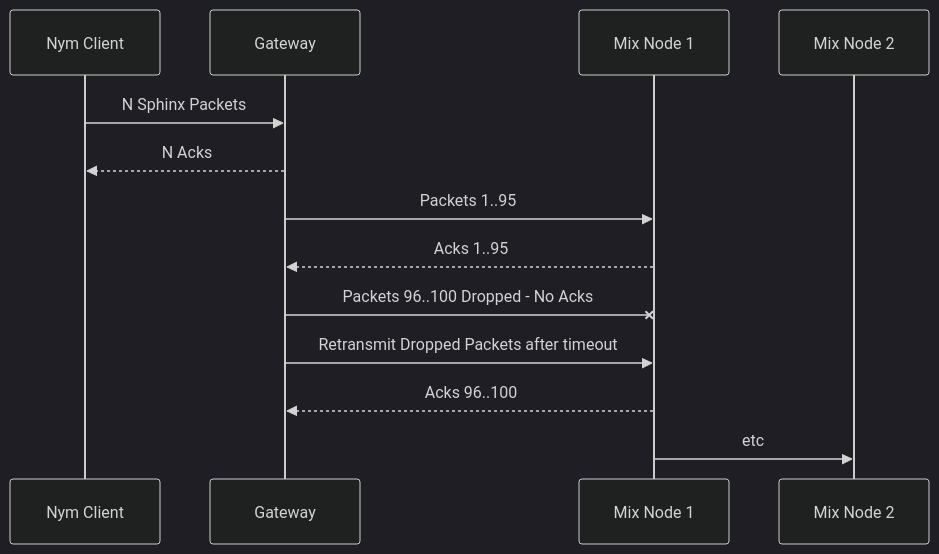
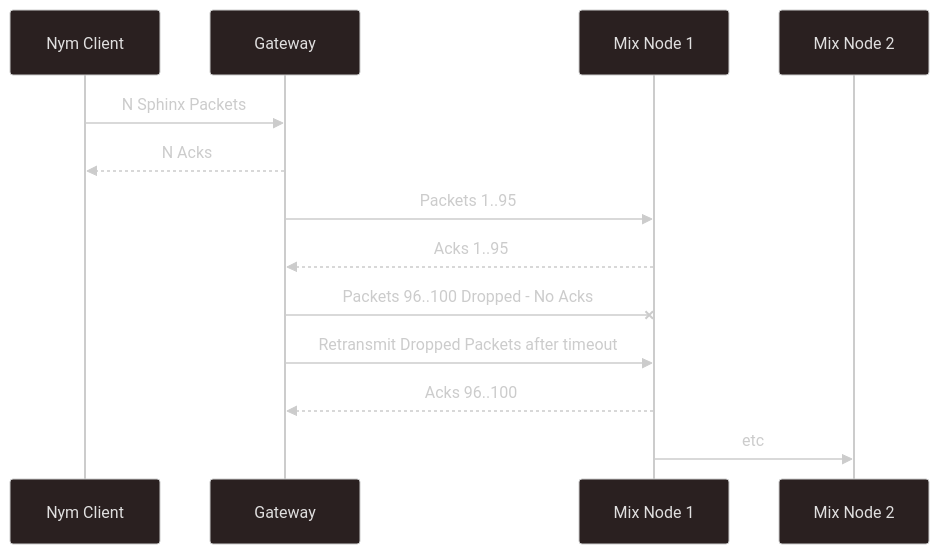
One commit to nymtech/nym changed the diagram in documentation/docs/pages/network/traffic/acks.md. Above: the diagram before and after it, drawn with Mermaid.

Commit message:
changed theme of mermaid diagram to match everything else

````diff
--- a/documentation/docs/pages/network/traffic/acks.md
+++ b/documentation/docs/pages/network/traffic/acks.md
@@ -6,16 +6,16 @@
 ```mermaid
 ---
 config:
-  theme: dark
+  theme: neo-dark
   layout: elk
 ---
 sequenceDiagram
     Nym Client->>Gateway: N Sphinx Packets
     Gateway-->>Nym Client: N Acks
     Gateway->>Mix Node 1: Packets 1..95
     Mix Node 1-->>Gateway: Acks 1..95
     Gateway-xMix Node 1: Packets 96..100 Dropped - No Acks
     Gateway->>Mix Node 1: Retransmit Dropped Packets after timeout
     Mix Node 1-->>Gateway: Acks 96..100
     Mix Node 1->>Mix Node 2: etc
 ```
````
